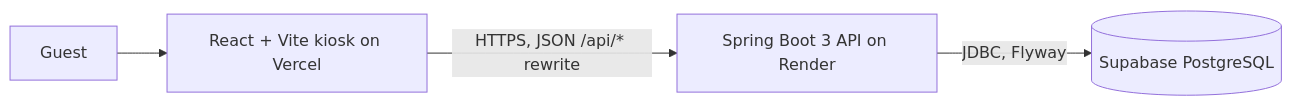
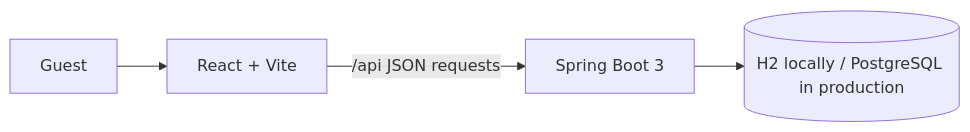
The diagram in README.md (AivaN-Bash/Hotel_Checkin), drawn with Mermaid before and after one commit. The commit also changed other lines of this file and 1 other file, not shown here.

Commit message:
docs: refresh kiosk README and test readability

````diff
--- a/README.md
+++ b/README.md
@@ -11,6 +36,6 @@
 ```mermaid
 flowchart LR
-  Guest[Guest] --> Web[React + Vite kiosk on Vercel]
-  Web -->|HTTPS, JSON /api/* rewrite| API[Spring Boot 3 API on Render]
-  API -->|JDBC, Flyway| DB[(Supabase PostgreSQL)]
+  Guest --> Frontend[React + Vite]
+  Frontend -->|/api JSON requests| API[Spring Boot 3]
+  API --> Database[(H2 locally / PostgreSQL in production)]
 ```
````
